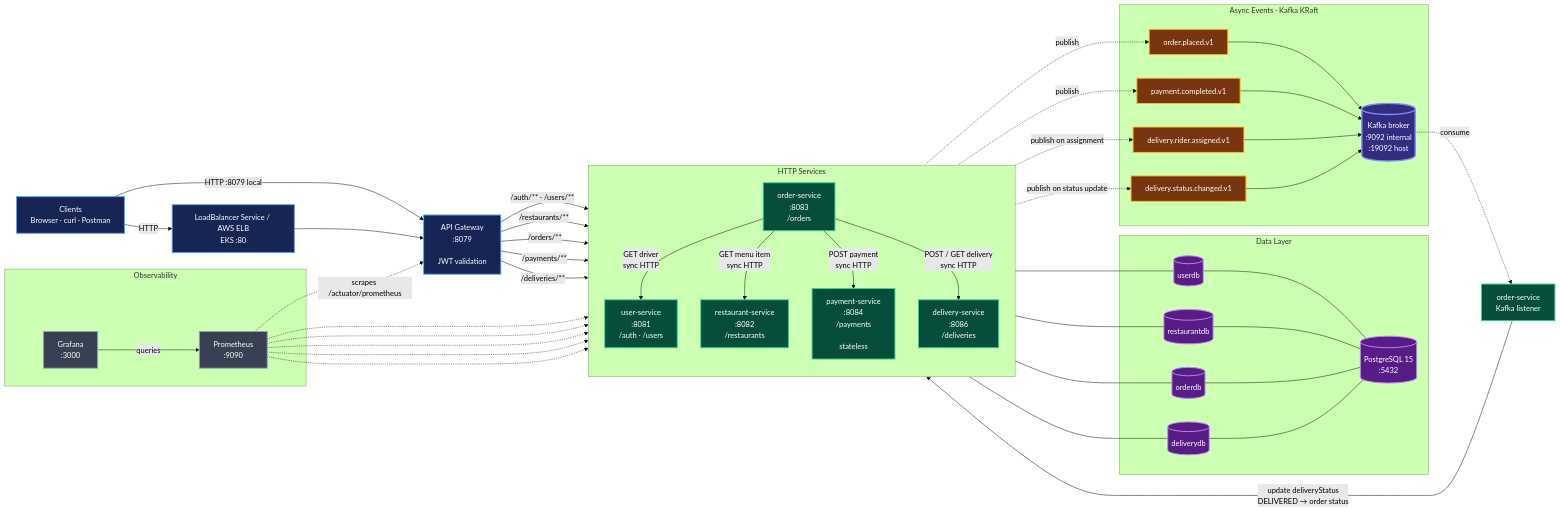
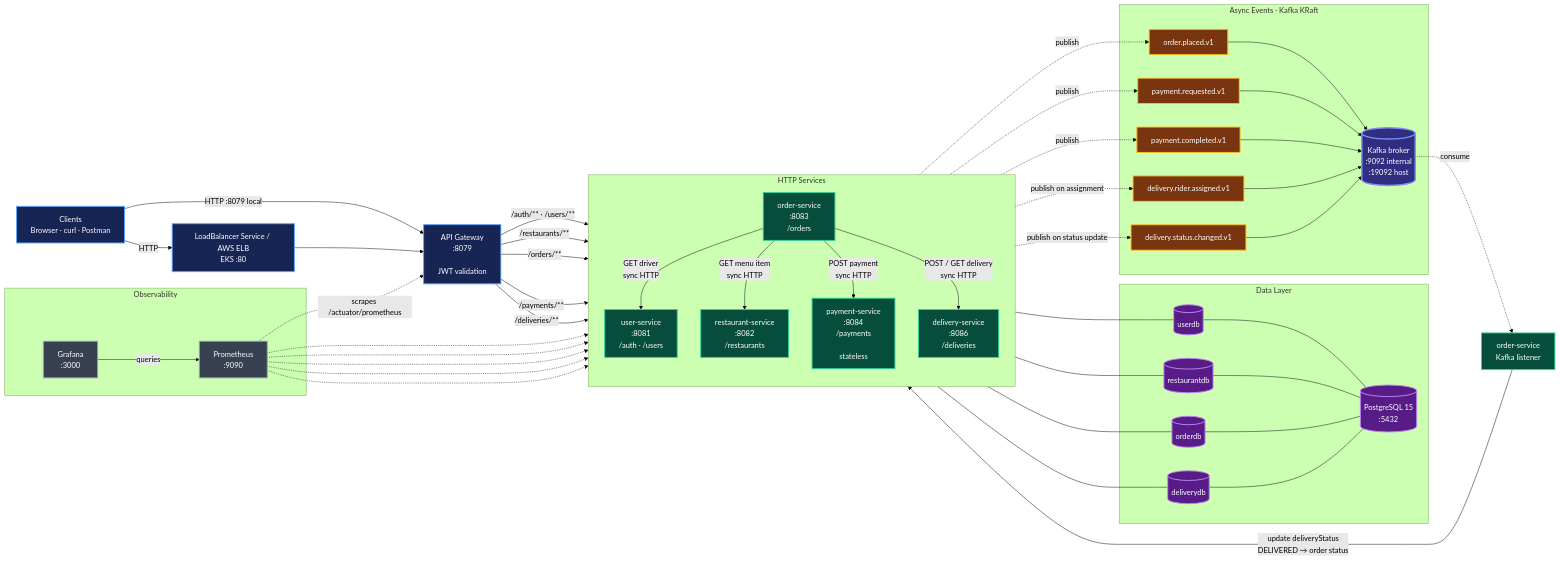
The diagram in diagrams/architecture.md (arnold-abraham/food-delivery-microservices), drawn with Mermaid (forest theme) before and after one commit. The commit also changed other lines of this file and 2 other files, not shown here.

Commit message:
Publish payment.requested.v1 from payment-service

````diff
--- a/diagrams/architecture.md
+++ b/diagrams/architecture.md
@@ -26,6 +26,7 @@
     subgraph events["Async Events · Kafka KRaft"]
         kafka[("Kafka broker<br/>:9092 internal<br/>:19092 host")]
         placed["order.placed.v1"]
+        requested["payment.requested.v1"]
         completed["payment.completed.v1"]
         assigned["delivery.rider.assigned.v1"]
         status["delivery.status.changed.v1"]
@@ -61,11 +62,13 @@
     deliverydb --- postgres
 
     order -.->|"publish"| placed
+    payment -.->|"publish"| requested
     payment -.->|"publish"| completed
     delivery -.->|"publish on assignment"| assigned
     delivery -.->|"publish on status update"| status
 
     placed --> kafka
+    requested --> kafka
     completed --> kafka
     assigned --> kafka
     status --> kafka
@@ -91,7 +94,7 @@
     class user,restaurant,order,payment,delivery,statusListener service
     class postgres,userdb,restaurantdb,orderdb,deliverydb database
     class kafka broker
-    class placed,completed,assigned,status event
+    class placed,requested,completed,assigned,status event
     class prometheus,grafana ops
 
 ```
````
